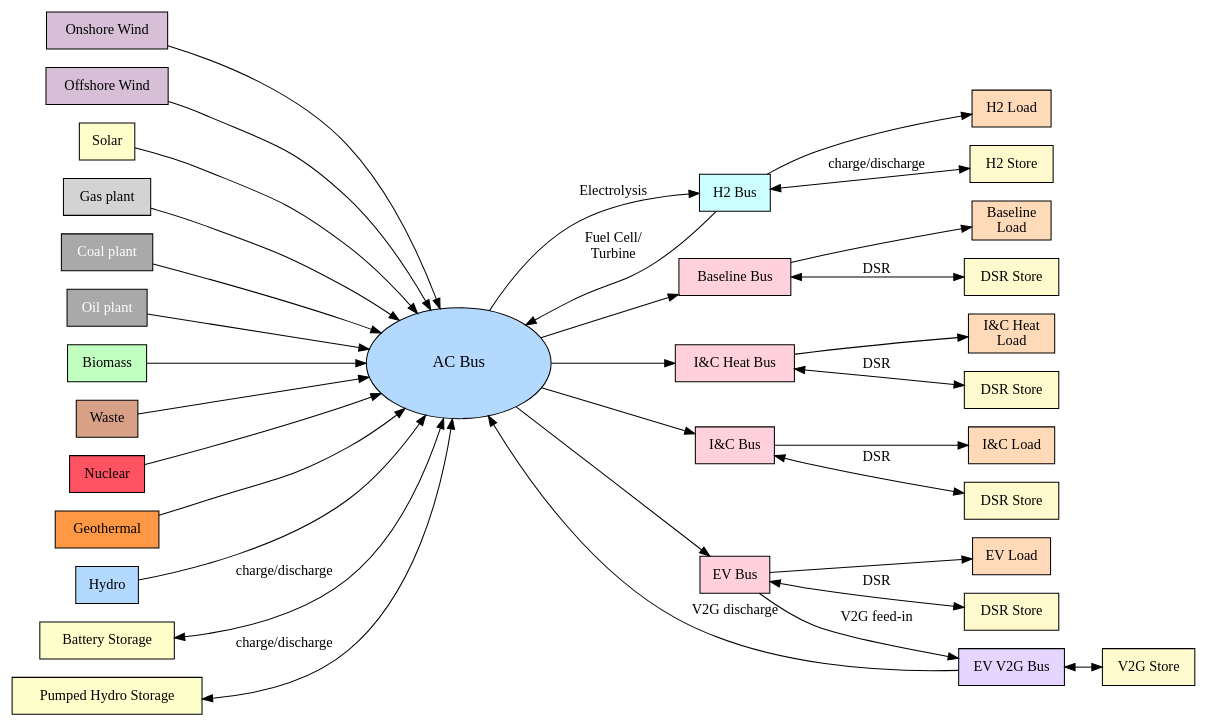
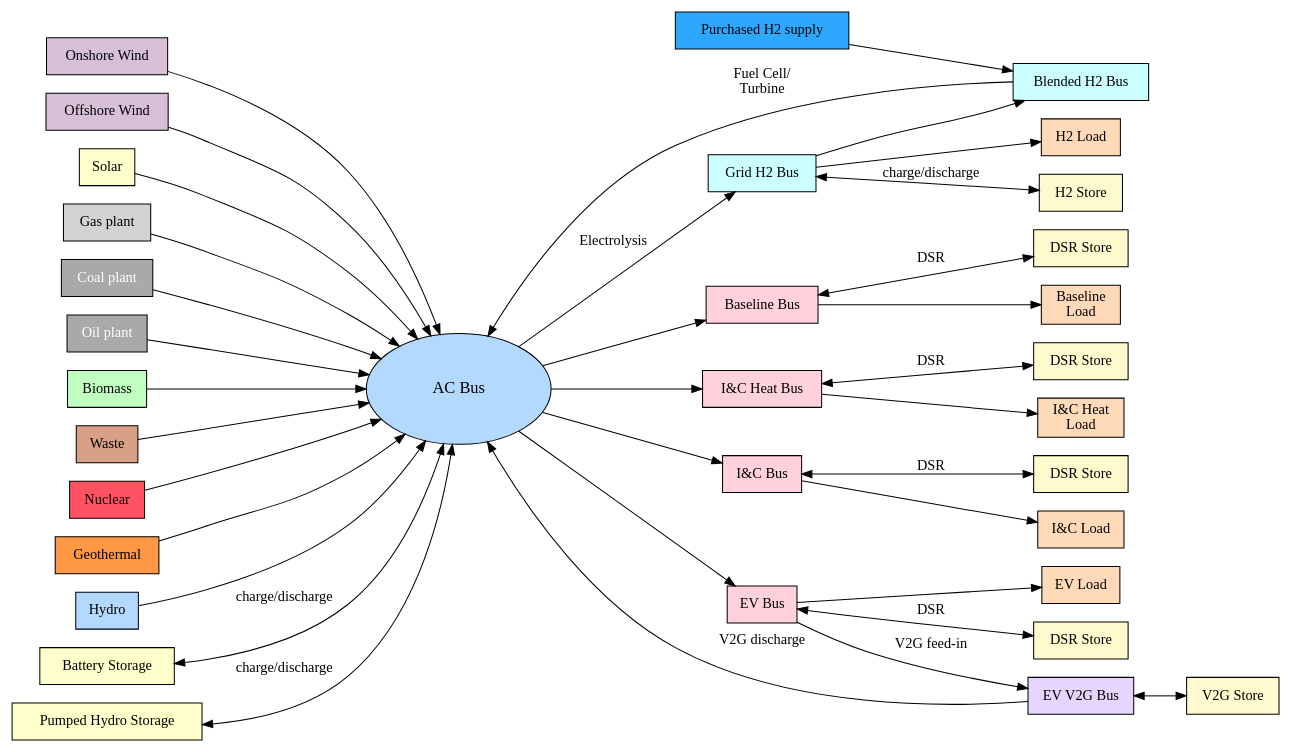
One commit to open-energy-transition/pypsa-eur changed the diagram in doc/gb-model/system.rst. Above: the diagram before and after it, drawn with Graphviz. The commit also changed 12 other files, not shown here.

```diff
--- a/doc/gb-model/system.rst
+++ b/doc/gb-model/system.rst
@@ -51,7 +51,9 @@
          style=dashed;
 
         // Hydrogen system (top middle)
-        h2_bus [label="H2 Bus", fillcolor="#CCFFFF"];
+        h2_bus [label="Grid H2 Bus", fillcolor="#CCFFFF"];
+        blended_h2_bus [label="Blended H2 Bus", fillcolor="#CCFFFF"];
+        purchased_h2 [label="Purchased H2 supply", fillcolor="#2ea8ff"];
         h2_load [label="H2 Load", fillcolor="#FFDAB9"];
         h2_store [label="H2 Store", fillcolor="#FFFACD"];
       }
@@ -104,7 +106,9 @@
 
       // Hydrogen connections
       AC_bus -> h2_bus [label="Electrolysis"];
-      h2_bus -> AC_bus [label="Fuel Cell/\nTurbine"];
+      h2_bus -> blended_h2_bus
+      purchased_h2 -> blended_h2_bus
+      blended_h2_bus -> AC_bus [label="Fuel Cell/\nTurbine"];
       h2_bus -> h2_load;
       h2_bus -> h2_store [dir=both, label="charge/discharge"];
 
```
